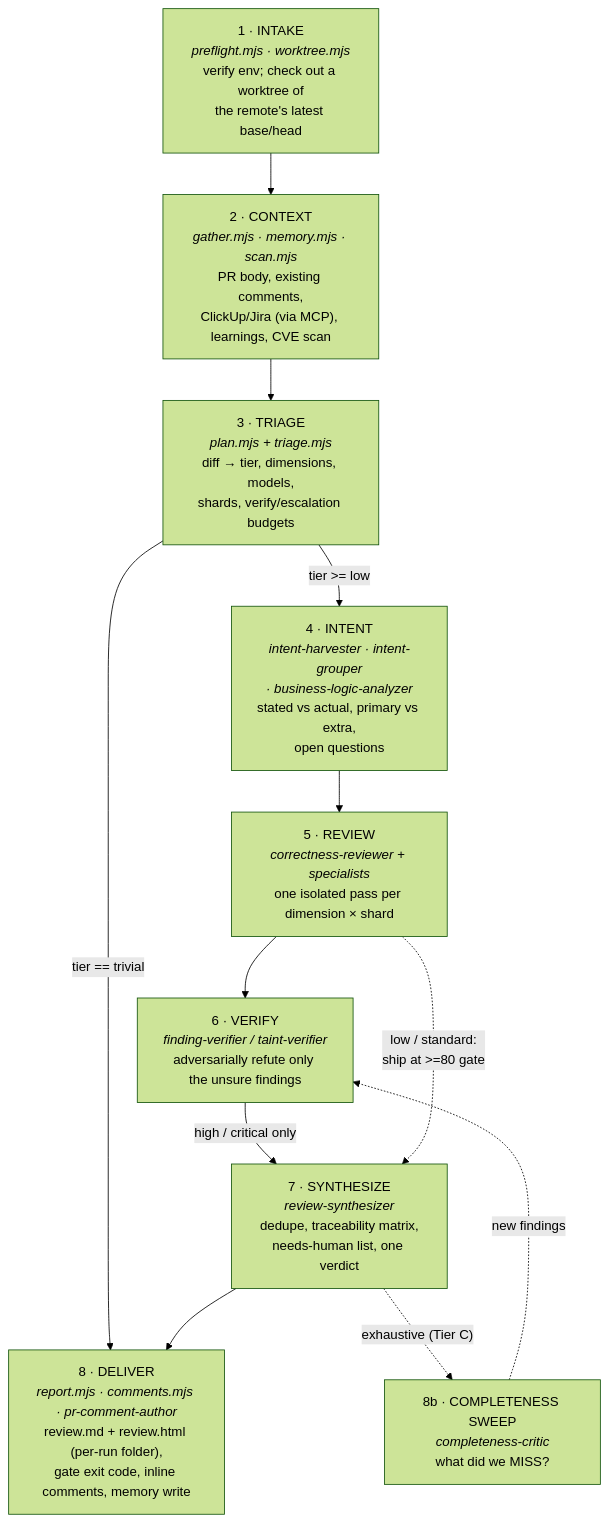
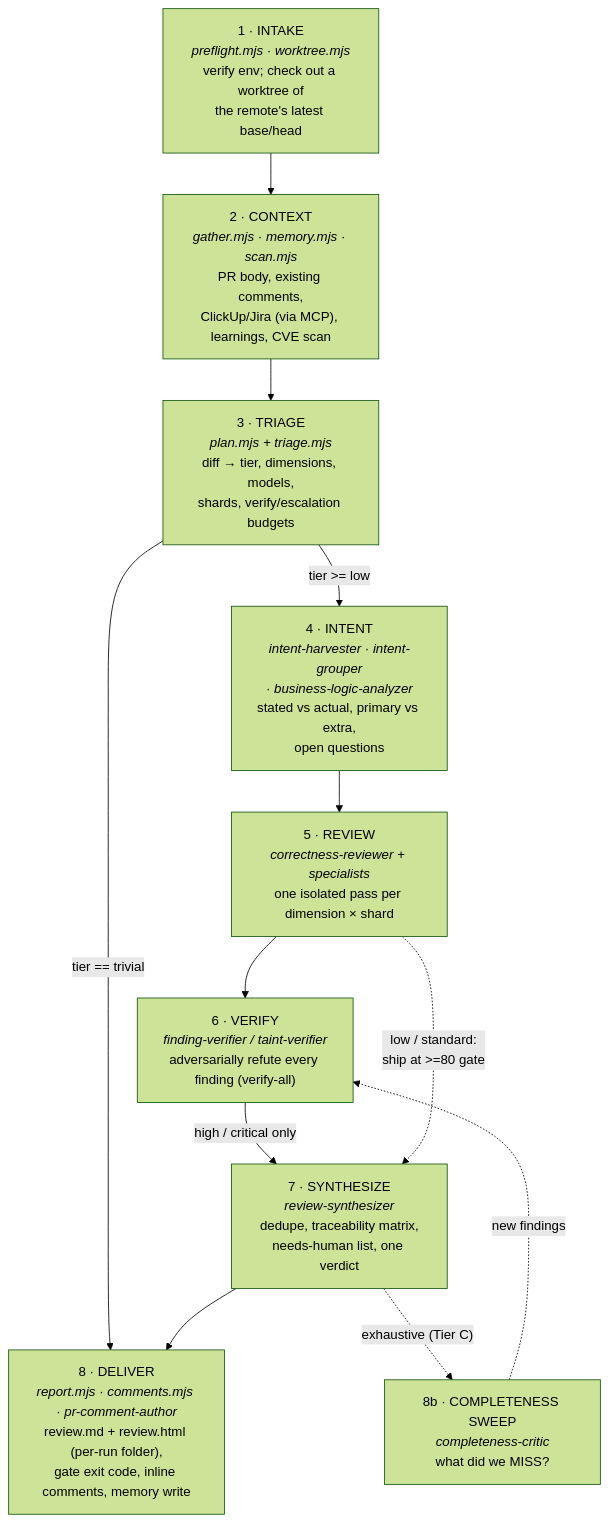
One commit to Tahmid12Khan/agentic-workflows changed the second of 8 diagrams in docs/ARCHITECTURE.md. Above: the diagram before and after it, drawn with Mermaid (forest theme). The commit also changed other lines of this file and 3 other files, not shown here.

Commit message:
docs: document Workflow-based /review + verify-all + report guarantees

````diff
--- a/docs/ARCHITECTURE.md
+++ b/docs/ARCHITECTURE.md
@@ -62,20 +61,20 @@
 ```mermaid
 flowchart TD
   A["1 · INTAKE<br/><i>preflight.mjs · worktree.mjs</i><br/>verify env; check out a worktree of<br/>the remote's latest base/head"]
   B["2 · CONTEXT<br/><i>gather.mjs · memory.mjs · scan.mjs</i><br/>PR body, existing comments,<br/>ClickUp/Jira (via MCP), learnings, CVE scan"]
   C["3 · TRIAGE<br/><i>plan.mjs + triage.mjs</i><br/>diff → tier, dimensions, models,<br/>shards, verify/escalation budgets"]
   D["4 · INTENT<br/><i>intent-harvester · intent-grouper<br/>· business-logic-analyzer</i><br/>stated vs actual, primary vs extra,<br/>open questions"]
   E["5 · REVIEW<br/><i>correctness-reviewer + specialists</i><br/>one isolated pass per dimension × shard"]
-  F["6 · VERIFY<br/><i>finding-verifier / taint-verifier</i><br/>adversarially refute only the unsure findings"]
+  F["6 · VERIFY<br/><i>finding-verifier / taint-verifier</i><br/>adversarially refute every finding (verify-all)"]
   G["7 · SYNTHESIZE<br/><i>review-synthesizer</i><br/>dedupe, traceability matrix,<br/>needs-human list, one verdict"]
   H["8 · DELIVER<br/><i>report.mjs · comments.mjs · pr-comment-author</i><br/>review.md + review.html (per-run folder),<br/>gate exit code, inline comments, memory write"]
 
   A --> B --> C
   C -->|"tier == trivial"| H
   C -->|"tier >= low"| D --> E --> F
   F -->|"high / critical only"| G
   E -.->|"low / standard:<br/>ship at >=80 gate"| G
   G --> H
   G -.->|"exhaustive (Tier C)"| X["8b · COMPLETENESS SWEEP<br/><i>completeness-critic</i><br/>what did we MISS?"]
   X -.->|new findings| F
 ```
````
